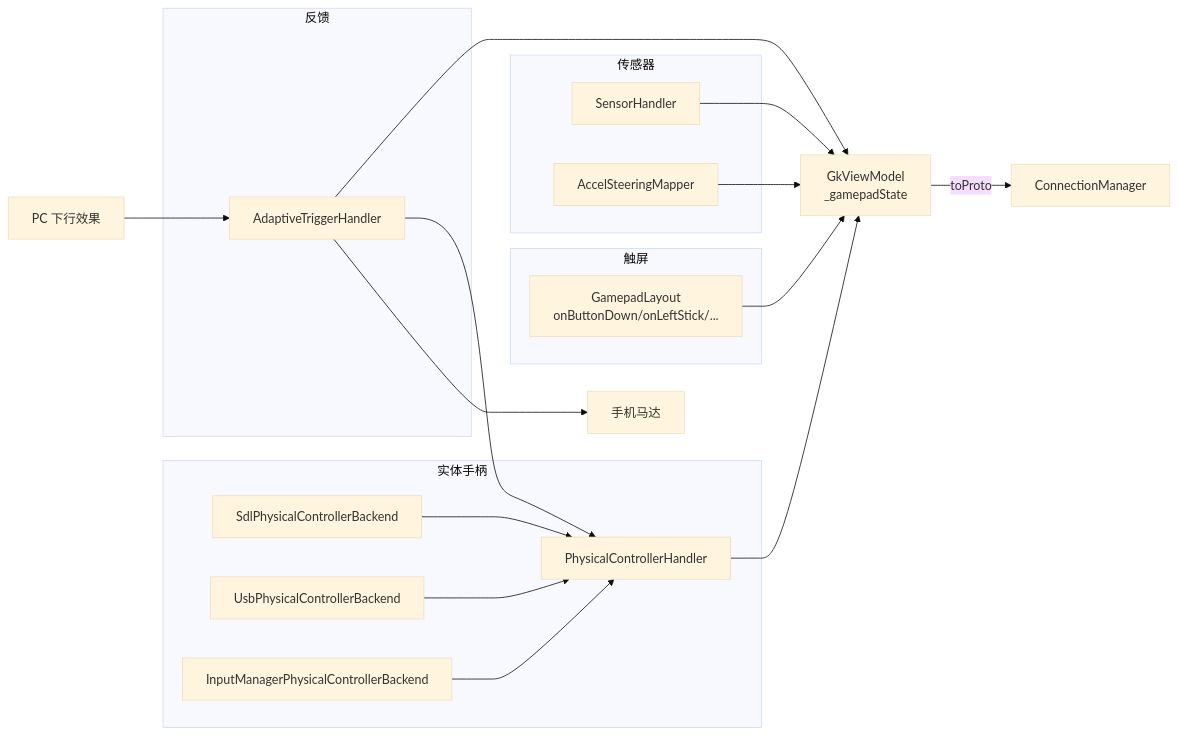
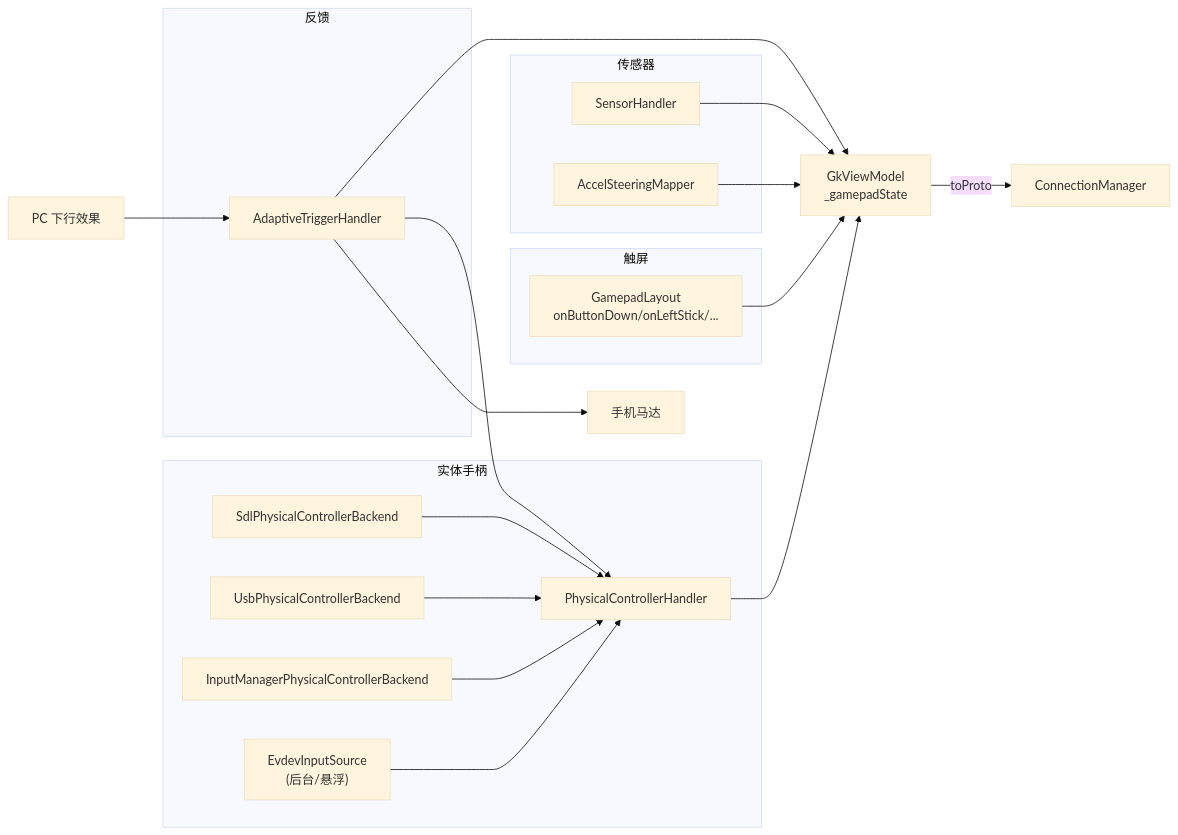
One commit to 4zyz4/GKME changed the first of 2 diagrams in docs/input.md. Above: the diagram before and after it, drawn with Mermaid (base theme). The commit also changed other lines of this file and 11 other files, not shown here.

````diff
--- a/docs/input.md
+++ b/docs/input.md
@@ -14,32 +14,34 @@
 ```mermaid
 flowchart LR
     subgraph 触屏
         GL["GamepadLayout<br/>onButtonDown/onLeftStick/..."]
     end
     subgraph 传感器
         SH["SensorHandler"]
         ASM["AccelSteeringMapper"]
     end
     subgraph 实体手柄
         PCH["PhysicalControllerHandler"]
         SDL["SdlPhysicalControllerBackend"]
         USBb["UsbPhysicalControllerBackend"]
         IM["InputManagerPhysicalControllerBackend"]
+        EVD["EvdevInputSource<br/>(后台/悬浮)"]
     end
     subgraph 反馈
         AT["AdaptiveTriggerHandler"]
     end
 
     GL --> VM["GkViewModel<br/>_gamepadState"]
     SH --> VM
     ASM --> VM
     PCH --> VM
     SDL --> PCH
     USBb --> PCH
     IM --> PCH
+    EVD --> PCH
     VM -->|toProto| CM["ConnectionManager"]
     PC["PC 下行效果"] --> AT
     AT --> VM
     AT --> PCH
     AT --> PHH["手机马达"]
 ```
````
